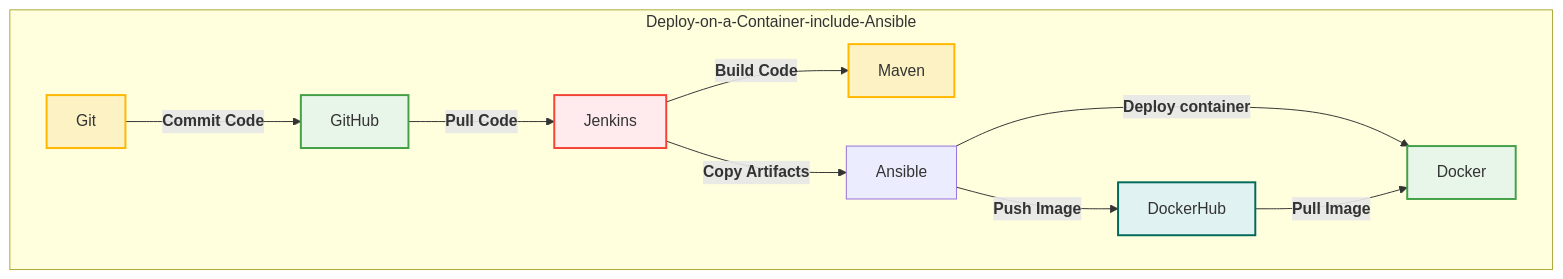
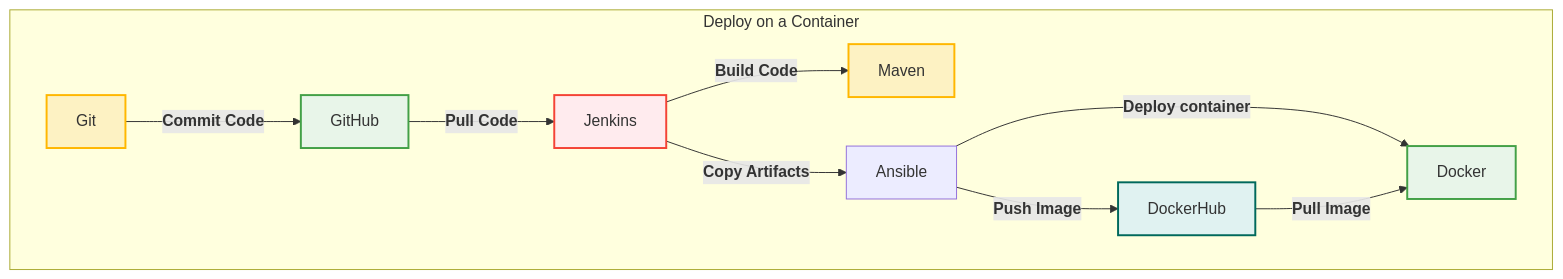
The third of 4 diagrams in README.md (HussamQreie/DevOps-Project-1), drawn with Mermaid before and after one commit. The commit also changed other lines of this file, not shown here.

````diff
--- a/README.md
+++ b/README.md
@@ -72,35 +73,35 @@
 ```mermaid
 flowchart TB
     %% Deploy on a Container 
-    subgraph  Deploy-on-a-Container-include-Ansible
+    subgraph  Deploy["Deploy on a Container"]
         Git --> |"<b>Commit Code</b>"| GitHub
         GitHub --> |"<b>Pull Code</b>"| Jenkins
         Jenkins --> |"<b>Build Code</b>"| Maven
         Jenkins --> |"<b>Copy Artifacts</b>"| Ansible
         Ansible --> |"<b>Deploy container</b>"| Docker
         Ansible --> |"<b>Push Image</b>"| DockerHub
         DockerHub --> |"<b>Pull Image</b>"| Docker
         
         
   
     end
 
     %% Define Styles
     classDef subnetLabel fill:#e6f7ff,stroke:#004080,stroke-width:2px,color:#004080;  %% Light Blue with Dark Stroke
     classDef instance fill:#fdf2c3,stroke:#ffb700,stroke-width:2px,color:#000;       %% Light Yellow with Orange Stroke
     classDef gateway fill:#e8f5e9,stroke:#43a047,stroke-width:2px,color:#2e7d32;    %% Light Green with Dark Green Stroke
     classDef internet fill:#ffebee,stroke:#f44336,stroke-width:2px,color:#d32f2f;   %% Light Red with Dark Red Stroke
     classDef tealTheme fill:#e0f2f1,stroke:#00695c,stroke-width:2px,color:#004d40;  %% Light Teal with Dark Teal Stroke
     classDef purpleTheme fill:#f3e5f5,stroke:#7b1fa2,stroke-width:2px,color:#6a1b9a;  %% Light Purple with Dark Purple Stroke
 
     %% Apply Styles
     
     Git:::instance
     GitHub:::gateway
     Jenkins:::internet
     Docker:::gateway
     Maven:::instance
     DockerHub:::tealTheme
 
 
 ```
````
